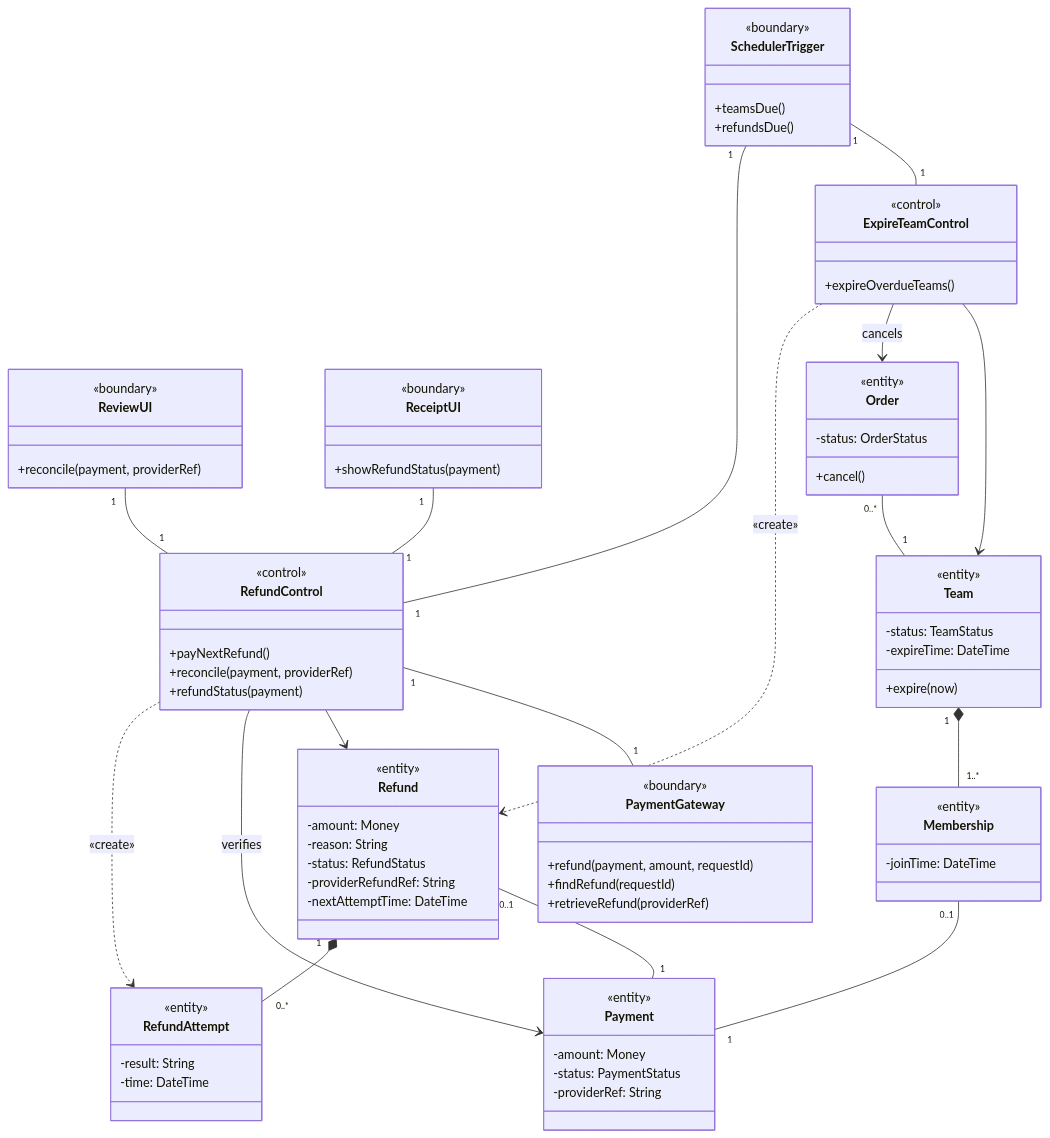
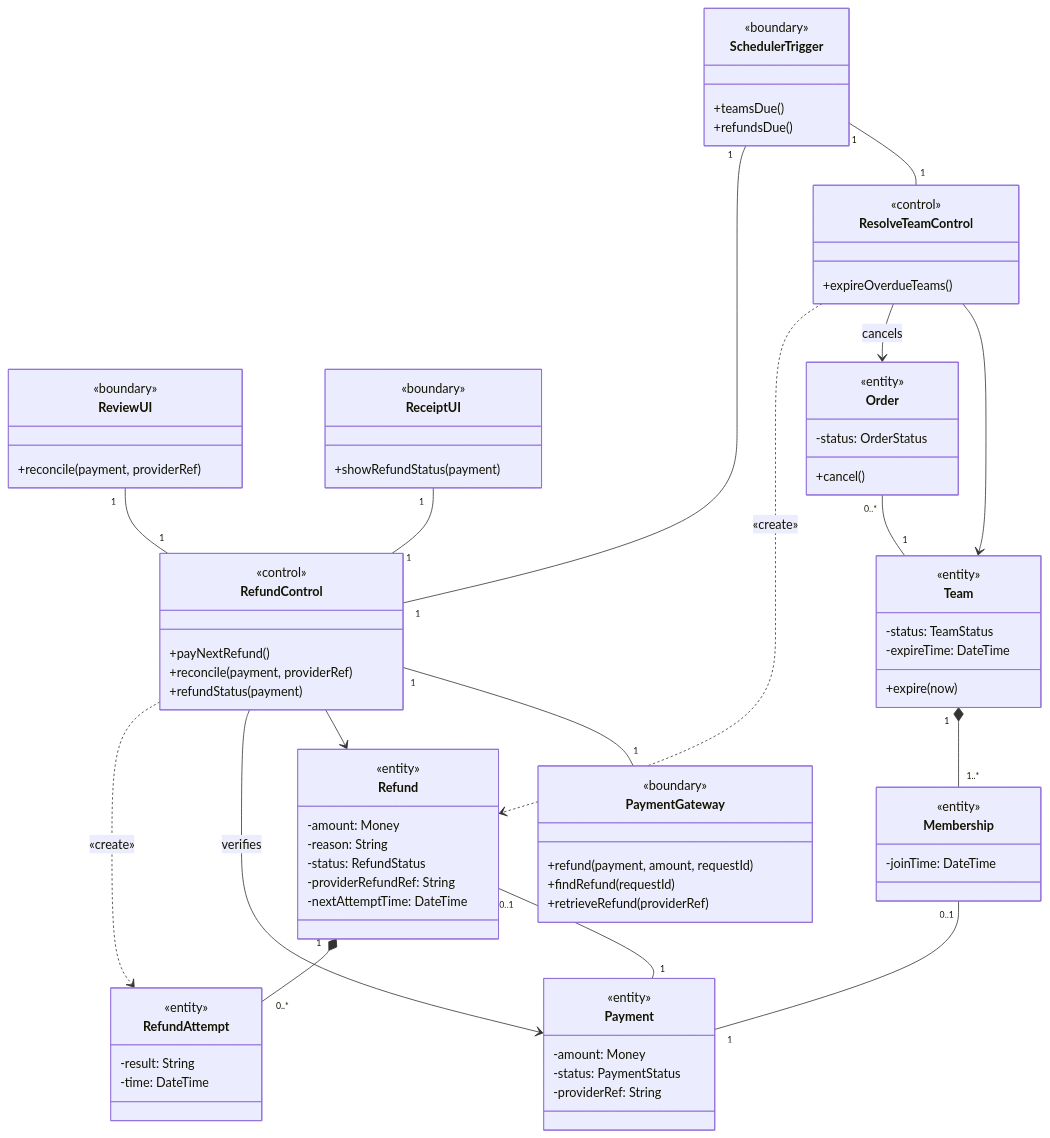
Before and after one commit to PPsyrius/iss-groupbuy-team8: the first of 10 diagrams in docs/swe5006/report/sections/03-4-2-yorik.md, drawn with Mermaid. The commit also changed other lines of this file, not shown here.

Commit message:
docs(report): UC6 analysis models name the expiry control ResolveTeamControl, as UC5 does (#463) [owner: Yorik]
Figures 3.52 (UC6 flow 1) and 3.105 (UC5 flow B6) draw the same expiry
flow with differently named analysis objects: ExpireTeamControl and
SchedulerTrigger here, ResolveTeamControl and ExpiryTimer in section
3.4.5. ResolveTeamControl is the majority name: it is used by the
transition-strategy 9 diagram of section 3.2
(sections/03-2d-transition-9-yorik.md:53 at a74ae0dd), by section 3.4.5
and Table 3.20, and matches the "team resolution control" listed as an
analysis object of UC5 (sections/03-3-06-uc5-liu-jin.md:48). This file
now uses it in Figure 3.51, Figure 3.52, the Figure 3.51 caption and
Table 3.15. The boundary keeps the name SchedulerTrigger, which matches
the Scheduler actor of the use case diagram and also starts the refund
worker here; the companion commit renames ExpiryTimer in section 3.4.5.

Evidence-skipped: report fact fix against its cited source; the sprint log entry of this PR covers it
Claude-Session: https://claude.ai/code/session_01JW6rqhVURQAqLAddc56V99

```diff
--- a/docs/swe5006/report/sections/03-4-2-yorik.md
+++ b/docs/swe5006/report/sections/03-4-2-yorik.md
@@ -31,7 +31,7 @@
         +teamsDue()
         +refundsDue()
     }
-    class ExpireTeamControl {
+    class ResolveTeamControl {
         <<control>>
         +expireOverdueTeams()
     }
@@ -92,7 +92,7 @@
 %% at SchedulerTrigger 1,0
 %% at ReviewUI 2,0
 %% at ReceiptUI 3,0
-%% at ExpireTeamControl 0,1
+%% at ResolveTeamControl 0,1
 %% at RefundControl 2,1
 %% at PaymentGateway 3,1
 %% at Team 0,2
@@ -102,14 +102,14 @@
 %% at Membership 0,3
 %% at Payment 1,3
 
-    SchedulerTrigger "1" -- "1" ExpireTeamControl
+    SchedulerTrigger "1" -- "1" ResolveTeamControl
     SchedulerTrigger "1" -- "1" RefundControl
     ReviewUI "1" -- "1" RefundControl
     ReceiptUI "1" -- "1" RefundControl
     RefundControl "1" -- "1" PaymentGateway
-    ExpireTeamControl --> Team
-    ExpireTeamControl --> Order : cancels
-    ExpireTeamControl ..> Refund : «create»
+    ResolveTeamControl --> Team
+    ResolveTeamControl --> Order : cancels
+    ResolveTeamControl ..> Refund : «create»
     RefundControl --> Refund
     RefundControl --> Payment : verifies
     RefundControl ..> RefundAttempt : «create»
```
